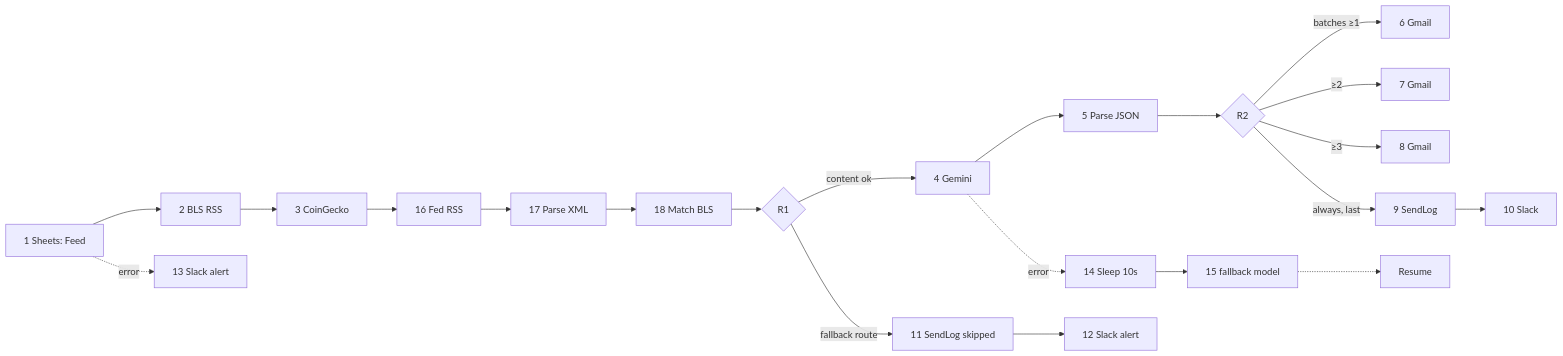
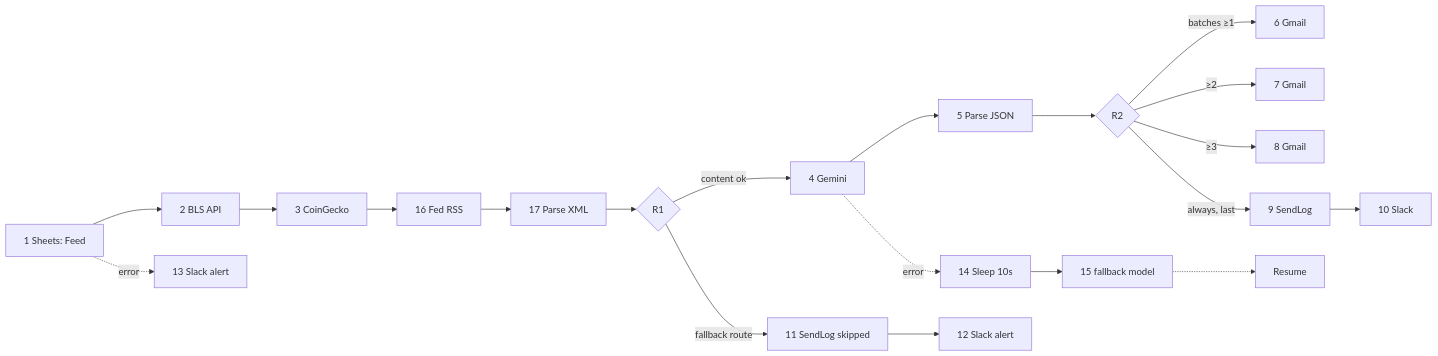
The second of 2 diagrams in docs/ARCHITECTURE.md (notm33na/morningmarket), drawn with Mermaid before and after one commit. The commit also changed other lines of this file and 21 other files, not shown here.

First line of the commit message:
Switch BLS data to the Public Data API v2 (RSS blocked from Make)

````diff
--- a/docs/ARCHITECTURE.md
+++ b/docs/ARCHITECTURE.md
@@ -24,12 +24,12 @@
 ```mermaid
 flowchart LR
-  M1[1 Sheets: Feed] --> M2[2 BLS RSS] --> M3[3 CoinGecko] --> M16[16 Fed RSS] --> M17[17 Parse XML] --> M18[18 Match BLS] --> R1{R1}
+  M1[1 Sheets: Feed] --> M2[2 BLS API] --> M3[3 CoinGecko] --> M16[16 Fed RSS] --> M17[17 Parse XML] --> R1{R1}
   R1 -->|content ok| M4[4 Gemini] --> M5[5 Parse JSON] --> R2{R2}
   R2 -->|batches ≥1| M6[6 Gmail]
   R2 -->|≥2| M7[7 Gmail]
   R2 -->|≥3| M8[8 Gmail]
   R2 -->|always, last| M9[9 SendLog] --> M10[10 Slack]
   R1 -->|fallback route| M11[11 SendLog skipped] --> M12[12 Slack alert]
   M1 -.error.-> M13[13 Slack alert]
   M4 -.error.-> S1[14 Sleep 10s] --> M4r[15 fallback model] -.-> RES[Resume]
 ```
````
